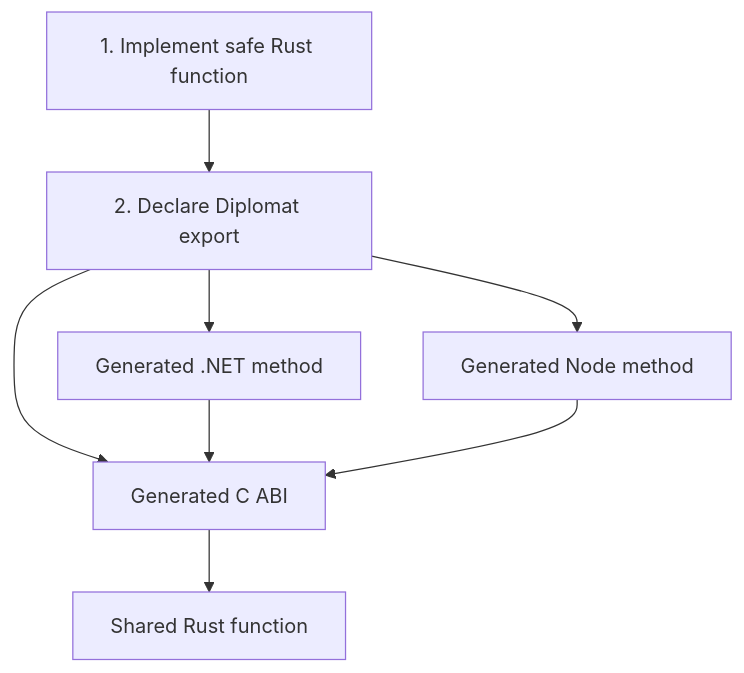
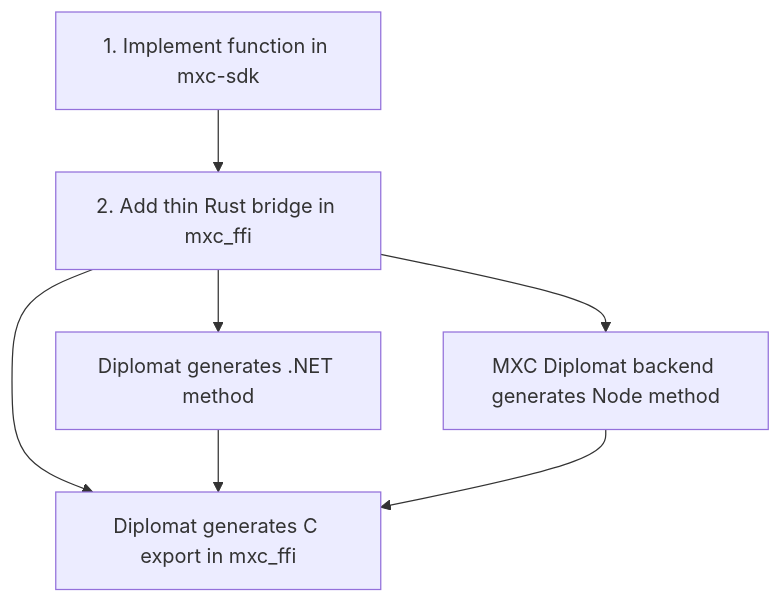
Before and after one commit to microsoft/mxc: the second of 3 diagrams in docs/designs/SDK/README.md, drawn with Mermaid. The commit also changed other lines of this file and 3 other files, not shown here.

````diff
--- a/docs/designs/SDK/README.md
+++ b/docs/designs/SDK/README.md
@@ -30,10 +30,10 @@
 ```mermaid
 flowchart TD
-    A[1. Implement safe Rust function] --> B[2. Declare Diplomat export]
-    B --> C[Generated C ABI]
-    B --> D[Generated .NET method]
-    B --> E[Generated Node method]
-    C --> F[Shared Rust function]
+    A[1. Implement function in mxc-sdk]
+    A --> B[2. Add thin Rust bridge in mxc_ffi]
+    B --> C[Diplomat generates C export in mxc_ffi]
+    B --> D[Diplomat generates .NET method]
+    B --> E[MXC Diplomat backend generates Node method]
     D --> C
     E --> C
 ```
````
